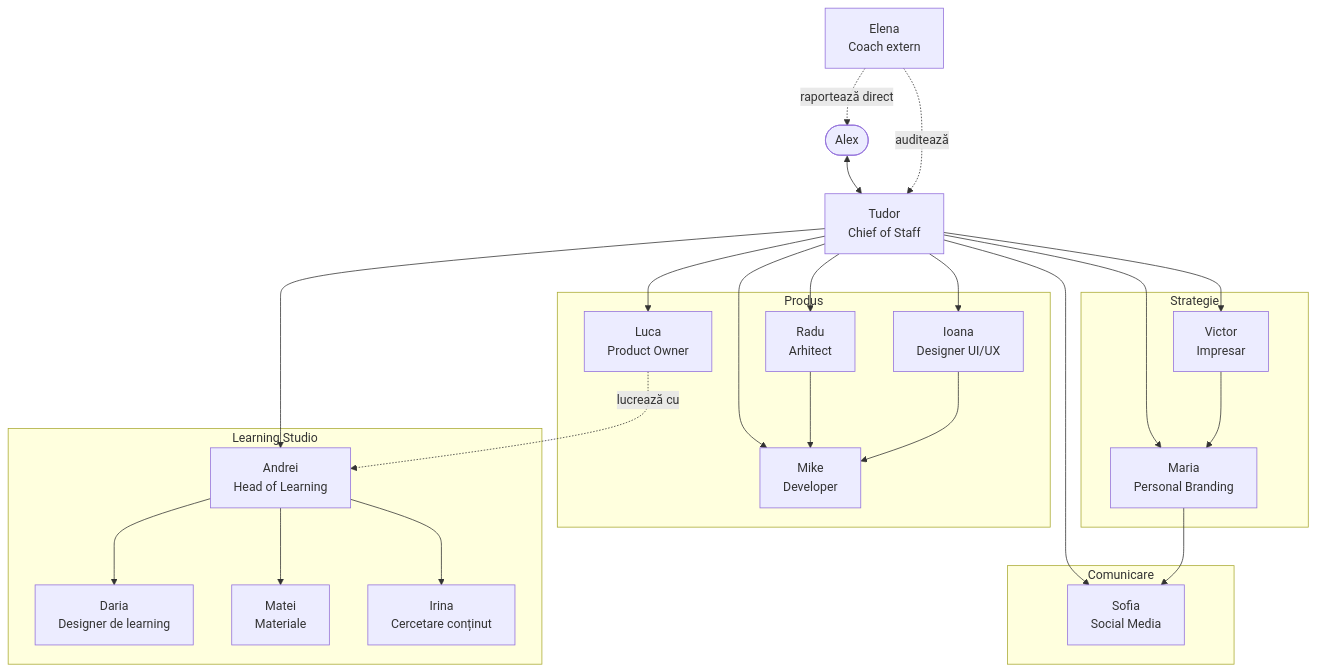
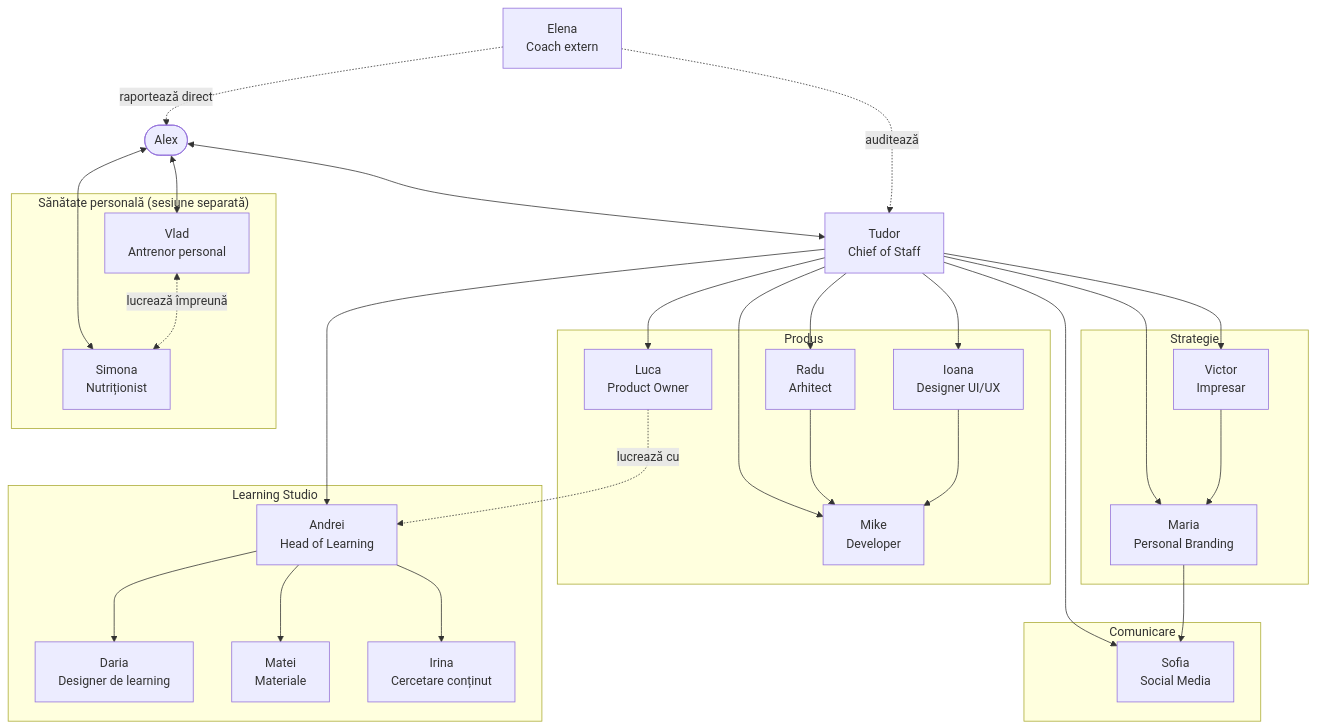
The diagram in ECHIPA.md (alexandrumolea/AgentsTeam), drawn with Mermaid before and after one commit. The commit also changed other lines of this file and 10 other files, not shown here.

First line of the commit message:
Echipă: Vlad (antrenor personal) și Simona (nutriționist), sesiune separată de sănătate

````diff
--- a/ECHIPA.md
+++ b/ECHIPA.md
@@ -8,35 +8,41 @@
 ```mermaid
 flowchart TD
   ALEX([Alex])
   TUDOR[Tudor<br/>Chief of Staff]
   ELENA[Elena<br/>Coach extern]
   subgraph Strategie
     MARIA[Maria<br/>Personal Branding]
     VICTOR[Victor<br/>Impresar]
   end
   subgraph Produs
     RADU[Radu<br/>Arhitect]
     IOANA[Ioana<br/>Designer UI/UX]
     MIKE[Mike<br/>Developer]
     LUCA[Luca<br/>Product Owner]
   end
   subgraph Comunicare
     SOFIA[Sofia<br/>Social Media]
   end
   subgraph LS["Learning Studio"]
     ANDREI[Andrei<br/>Head of Learning]
     DARIA[Daria<br/>Designer de learning]
     MATEI[Matei<br/>Materiale]
     IRINA[Irina<br/>Cercetare conținut]
   end
+  subgraph SAN["Sănătate personală (sesiune separată)"]
+    VLAD[Vlad<br/>Antrenor personal]
+    SIMONA[Simona<br/>Nutriționist]
+  end
   ALEX <--> TUDOR
   TUDOR --> MARIA & VICTOR & RADU & IOANA & MIKE & SOFIA & ANDREI & LUCA
   LUCA -. lucrează cu .-> ANDREI
   ANDREI --> DARIA & MATEI & IRINA
+  ALEX <--> VLAD & SIMONA
+  VLAD <-. lucrează împreună .-> SIMONA
   ELENA -. auditează .-> TUDOR
   ELENA -. raportează direct .-> ALEX
   RADU --> MIKE
   IOANA --> MIKE
   MARIA --> SOFIA
   VICTOR --> MARIA
 ```
````
